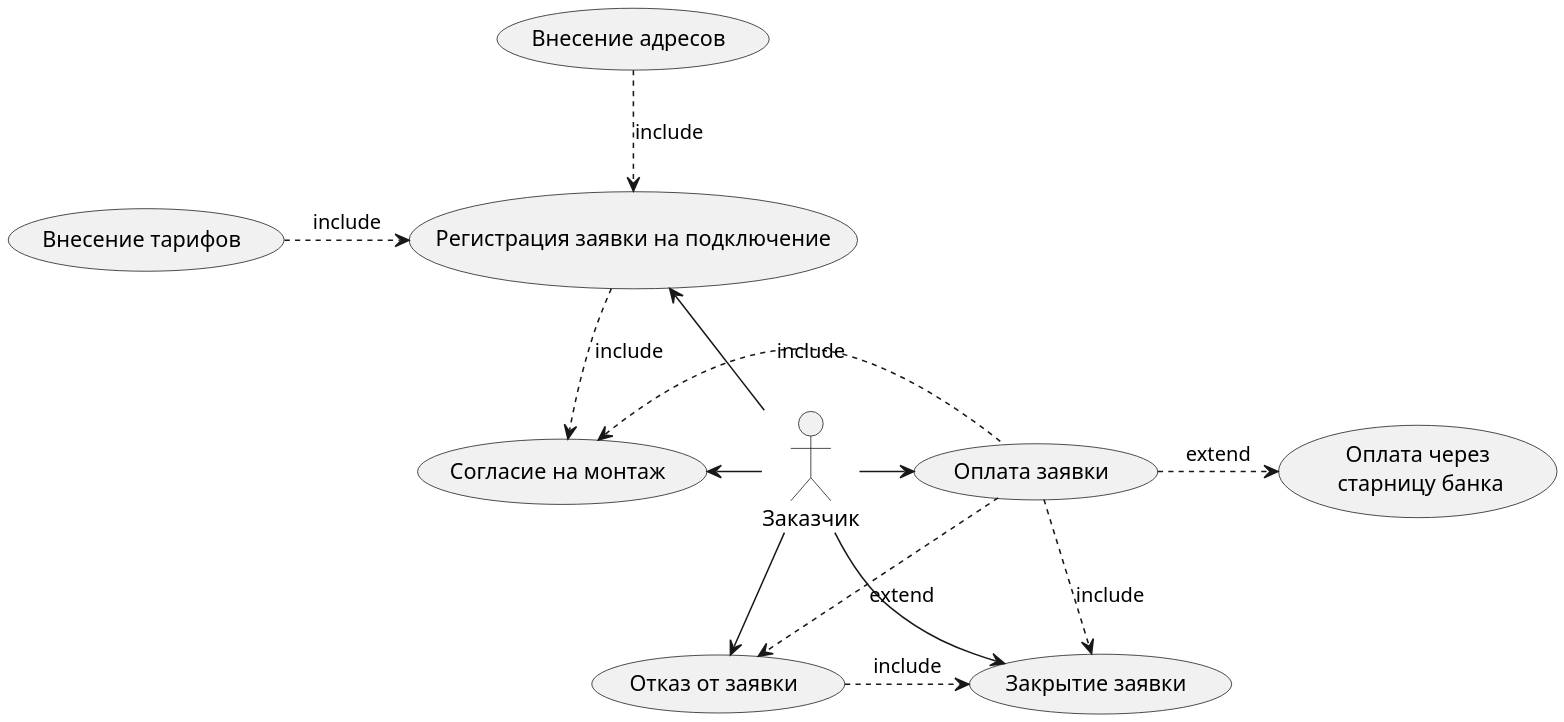
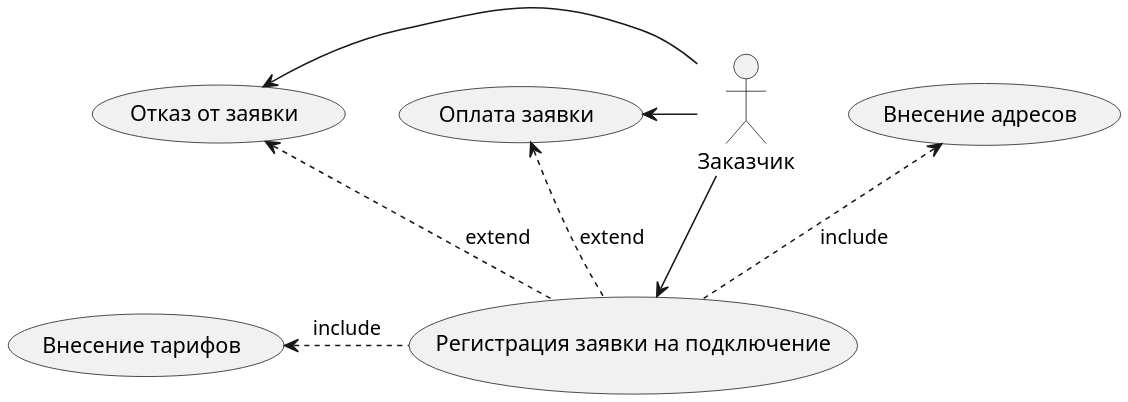
One commit to Gradergage/software-design-2018 changed the first of 4 diagrams in src/uml/usecase2.puml. Above: the diagram before and after it, drawn with PlantUML. The commit also changed other lines of this file and 16 other files, not shown here.

```diff
--- a/src/uml/usecase2.puml
+++ b/src/uml/usecase2.puml
@@ -1,26 +1,17 @@
 @startuml
 skinparam dpi 200
 actor Заказчик as A
 
 usecase uc3 as "Регистрация заявки на подключение"
 usecase uc4 as "Внесение адресов"
 usecase uc5 as "Оплата заявки"
 usecase uc6 as "Отказ от заявки"
 usecase uc7 as "Внесение тарифов"
-usecase uc8 as "Закрытие заявки"
-usecase uc9 as "Оплата через\n старницу банка"
-usecase uc10 as "Согласие на монтаж"
-A -up-> (uc3)
-A -right-> (uc5)
-A -right-> (uc6)
-A -down-> (uc8)
-A -left->(uc10)
-uc4 .down.> uc3 : include
-uc7 .> uc3 : include
-uc5 .> uc9 : extend
-uc6 .> uc8 : include
-uc5 .> uc8 : include
-uc3 .down.> uc10 : include
-uc5 .down.> uc6 : extend
-uc10 <.right. uc5 : include
+A -down-> (uc3)
+A -left-> (uc5)
+A -left-> (uc6)
+uc4 <.down. uc3 : include
+uc7 <. uc3 : include
+uc5 <. uc3 : extend
+uc6 <. uc3 : extend
 @enduml
```
